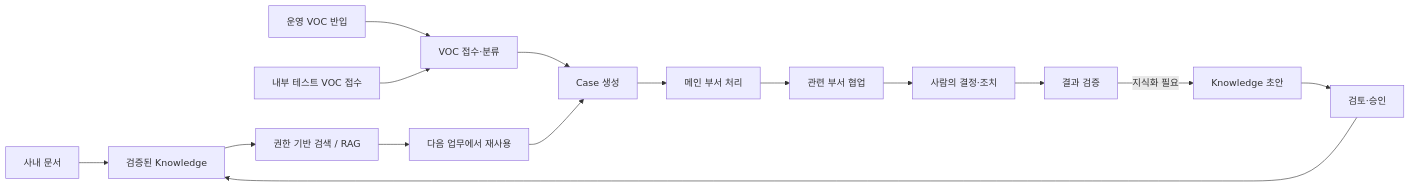
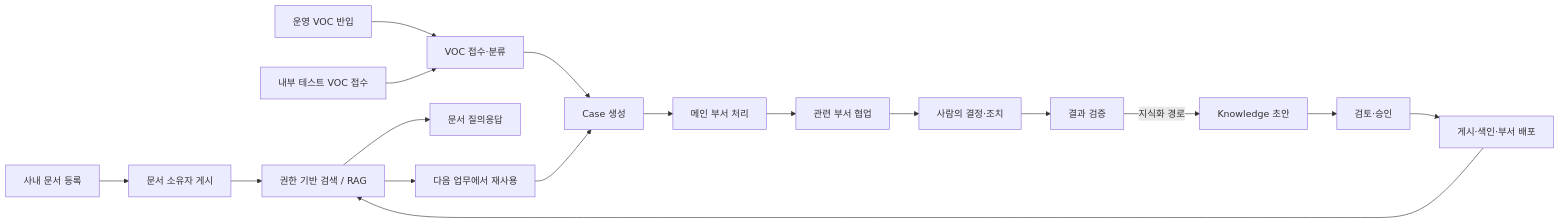
The first of 2 diagrams in docs/Enterprise_Knowledge_Loop_Concept_and_Composition_v1.md (kingdoms1212/enterprise-knowledge-loop), drawn with Mermaid before and after one commit. The commit also changed other lines of this file and 2 other files, not shown here.

````diff
--- a/docs/Enterprise_Knowledge_Loop_Concept_and_Composition_v1.md
+++ b/docs/Enterprise_Knowledge_Loop_Concept_and_Composition_v1.md
@@ -112,20 +137,23 @@
 ```mermaid
 flowchart LR
-    A[사내 문서] --> K[검증된 Knowledge]
+    A[사내 문서 등록] --> A2[문서 소유자 게시]
+    A2 --> L[권한 기반 검색 / RAG]
+
     B[운영 VOC 반입] --> C[VOC 접수·분류]
     B2[내부 테스트 VOC 접수] --> C
 
     C --> D[Case 생성]
     D --> E[메인 부서 처리]
     E --> F[관련 부서 협업]
     F --> G[사람의 결정·조치]
     G --> H[결과 검증]
 
-    H -->|지식화 필요| I[Knowledge 초안]
+    H -->|지식화 경로| I[Knowledge 초안]
     I --> J[검토·승인]
-    J --> K
+    J --> K[게시·색인·부서 배포]
+    K --> L
 
-    K --> L[권한 기반 검색 / RAG]
+    L --> Q[문서 질의응답]
     L --> M[다음 업무에서 재사용]
     M --> D
 ```
````
